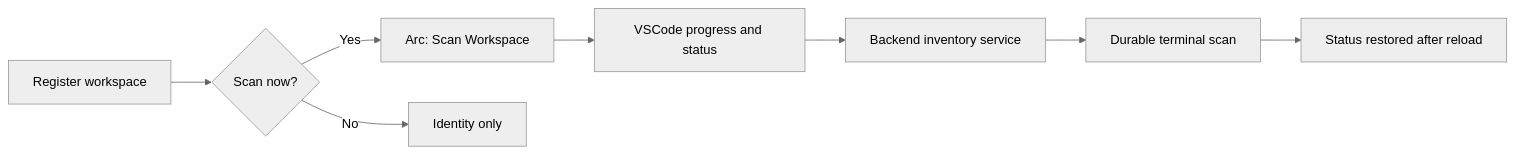
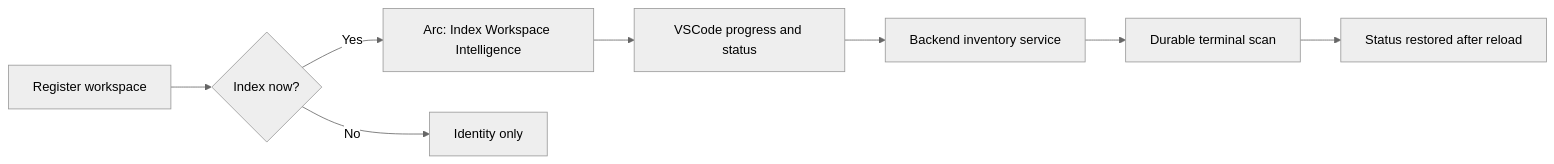
One commit to 2016-CS-111/arc changed the fifth of 7 diagrams in docs/architecture.md. Above: the diagram before and after it, drawn with Mermaid (neutral theme). The commit also changed other lines of this file and 15 other files, not shown here.

````diff
--- a/docs/architecture.md
+++ b/docs/architecture.md
@@ -327,10 +328,10 @@
 ```mermaid
 flowchart LR
-  Register["Register workspace"] --> Choice{"Scan now?"}
-  Choice -->|Yes| Scan["Arc: Scan Workspace"]
+  Register["Register workspace"] --> Choice{"Index now?"}
+  Choice -->|Yes| Scan["Arc: Index Workspace Intelligence"]
   Choice -->|No| Identity["Identity only"]
   Scan --> Progress["VSCode progress and status"]
   Progress --> Backend["Backend inventory service"]
   Backend --> Durable["Durable terminal scan"]
   Durable --> Restore["Status restored after reload"]
 ```
````
